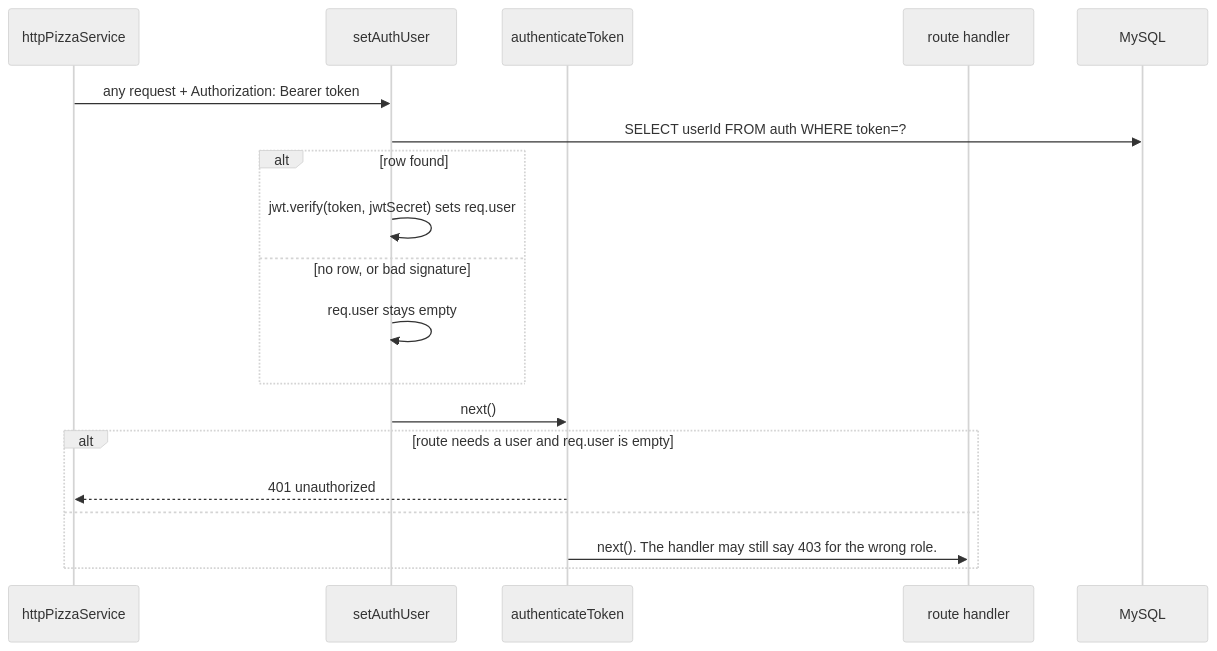
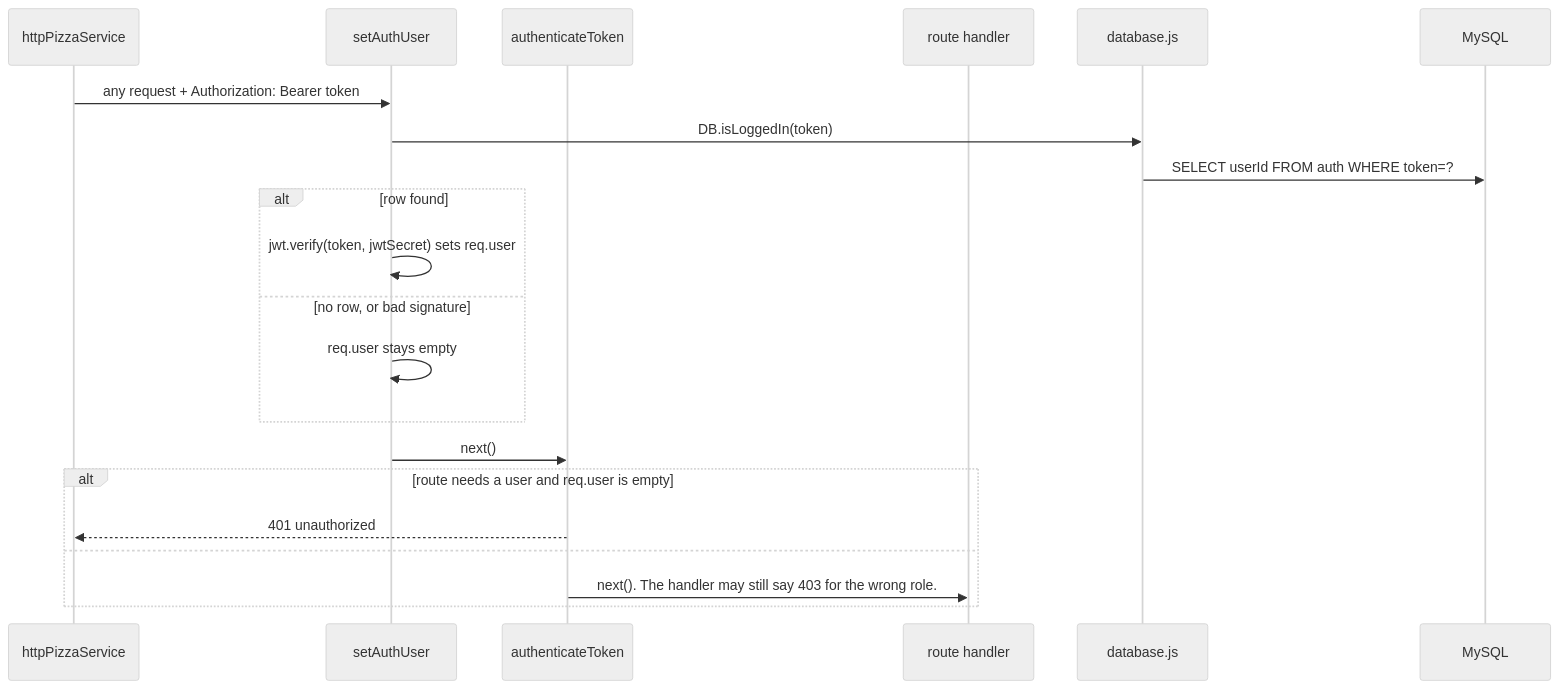
Before and after one commit to joshuajob-cs/jwt-pizza: the sixth of 18 diagrams in docs/flows.md, drawn with Mermaid (neutral theme). The commit also changed other lines of this file, not shown here.

Commit message:
refactor(docs): draw every layer consistently in flows.md

````diff
--- a/docs/flows.md
+++ b/docs/flows.md
@@ -118,21 +146,23 @@
 ```mermaid
 sequenceDiagram
   participant S as httpPizzaService
   participant A as setAuthUser
   participant G as authenticateToken
   participant H as route handler
+  participant D as database.js
   participant M as MySQL
   S->>A: any request + Authorization: Bearer token
-  A->>M: SELECT userId FROM auth WHERE token=?
+  A->>D: DB.isLoggedIn(token)
+  D->>M: SELECT userId FROM auth WHERE token=?
   alt row found
     A->>A: jwt.verify(token, jwtSecret) sets req.user
   else no row, or bad signature
     A->>A: req.user stays empty
   end
   A->>G: next()
   alt route needs a user and req.user is empty
     G-->>S: 401 unauthorized
   else
     G->>H: next(). The handler may still say 403 for the wrong role.
   end
 ```
````
